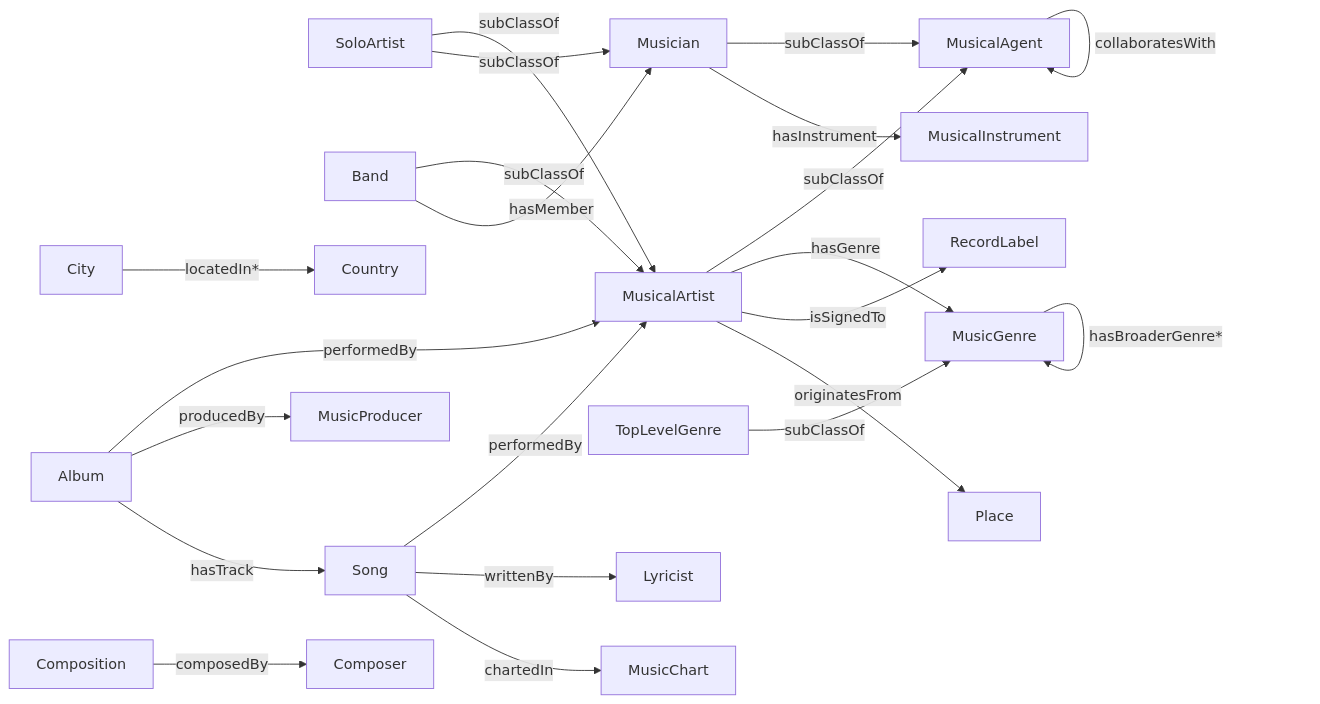
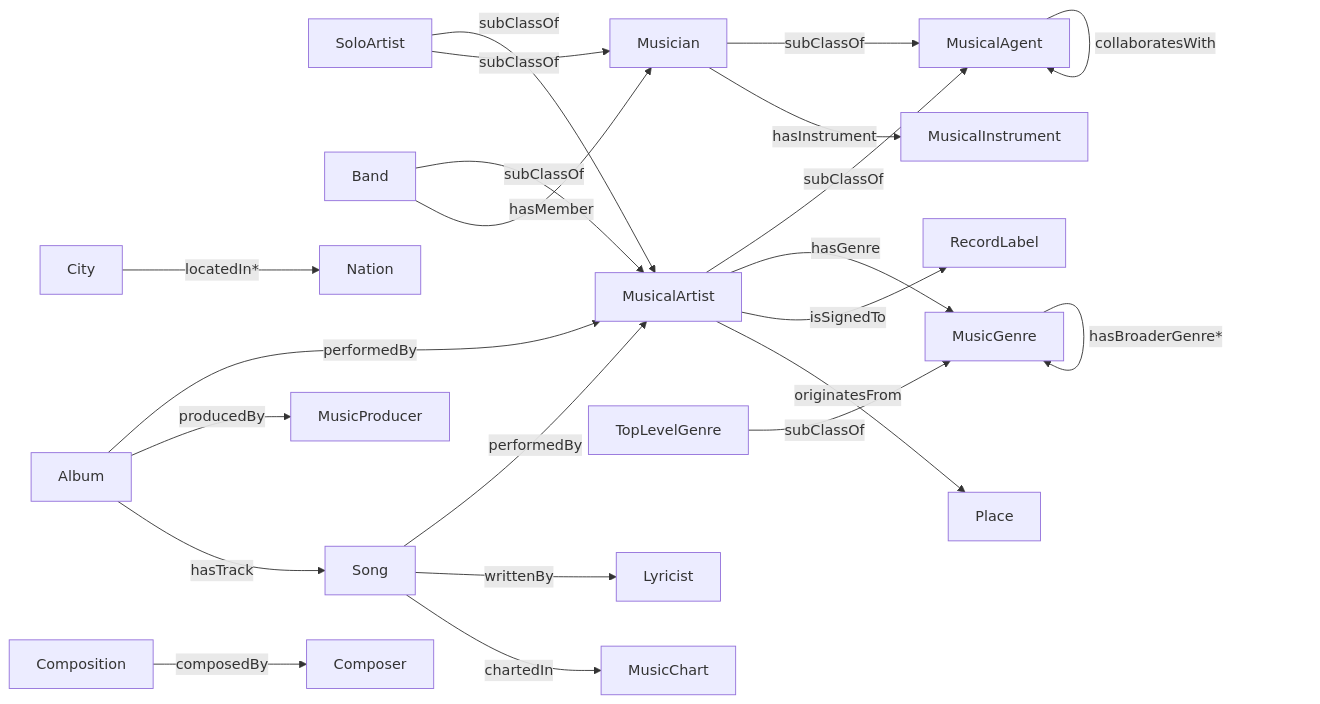
The third of 3 diagrams in README.md (blacng/music-ontology), drawn with Mermaid before and after one commit. The commit also changed other lines of this file and 8 other files, not shown here.

````diff
--- a/README.md
+++ b/README.md
@@ -77,22 +77,22 @@
 ```mermaid
 graph LR
   MusicalArtist & Musician -->|subClassOf| MusicalAgent
   SoloArtist -->|subClassOf| MusicalArtist
   SoloArtist -->|subClassOf| Musician
   Band -->|subClassOf| MusicalArtist
   MusicalArtist -->|hasGenre| MusicGenre
   MusicGenre -->|hasBroaderGenre*| MusicGenre
   TopLevelGenre -->|subClassOf| MusicGenre
   Band -->|hasMember| Musician
   Musician -->|hasInstrument| MusicalInstrument
   MusicalArtist -->|isSignedTo| RecordLabel
   MusicalAgent -->|collaboratesWith| MusicalAgent
   MusicalArtist -->|originatesFrom| Place
-  City -->|locatedIn*| Country
+  City -->|locatedIn*| Nation
   Song & Album -->|performedBy| MusicalArtist
   Album -->|producedBy| MusicProducer
   Album -->|hasTrack| Song
   Song -->|writtenBy| Lyricist
   Song -->|chartedIn| MusicChart
   Composition -->|composedBy| Composer
 ```
````
